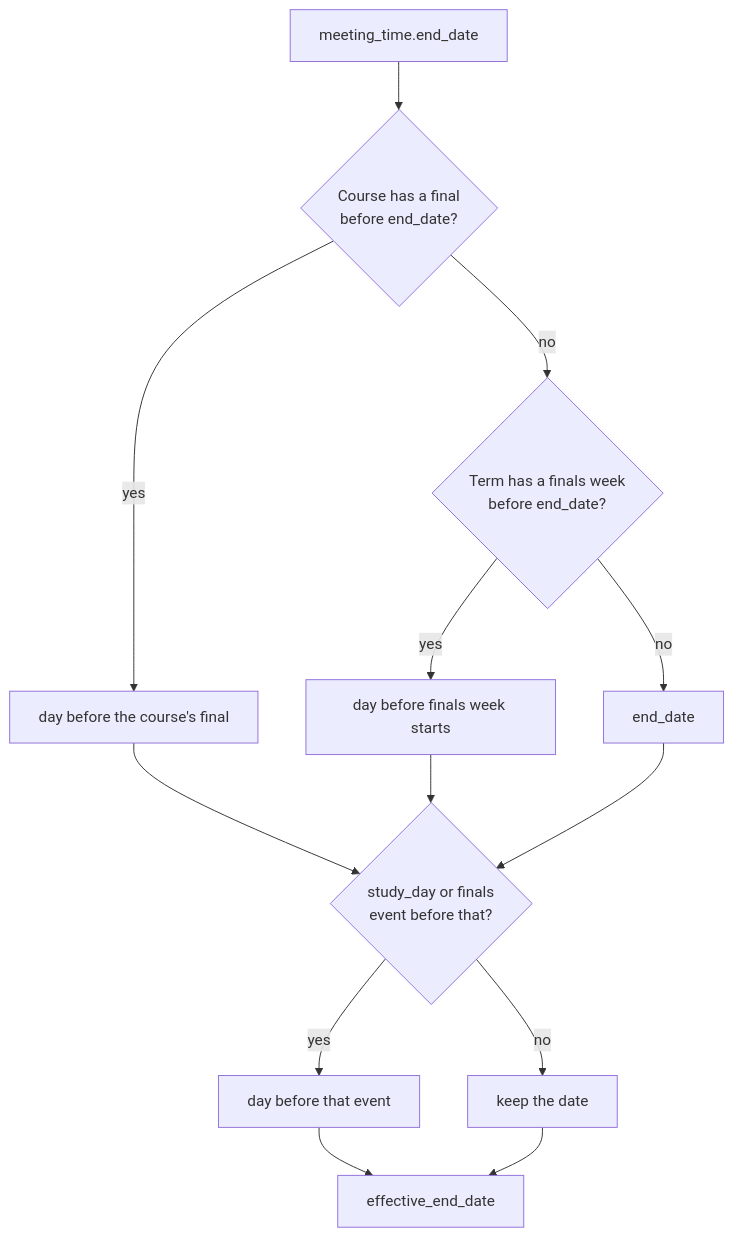
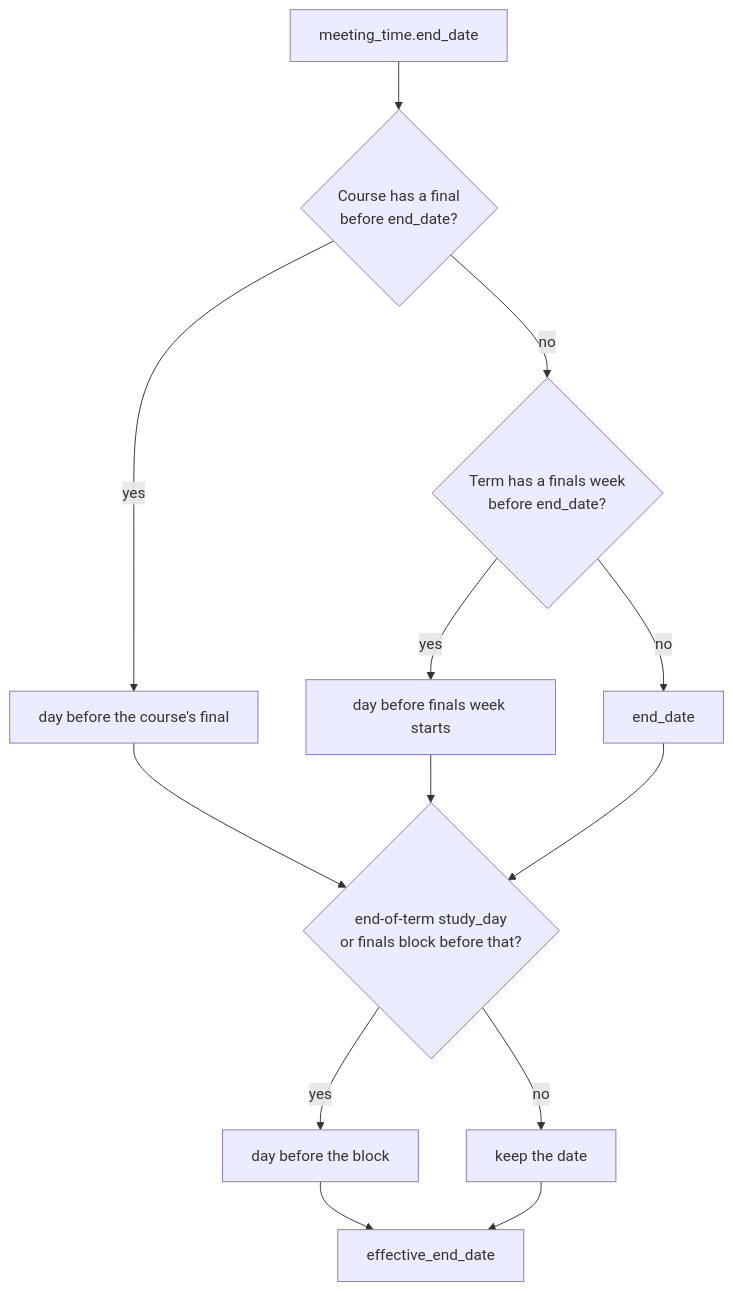
Before and after one commit to WITCodingClub/calendar-backend: the diagram in docs/class-end-dates.md, drawn with Mermaid. The commit also changed other lines of this file and 6 other files, not shown here.

Commit message:
fix: end classes only at the end-of-term finals block

````diff
--- a/docs/class-end-dates.md
+++ b/docs/class-end-dates.md
@@ -22,15 +24,15 @@
 ```mermaid
 flowchart TD
   A[meeting_time.end_date] --> B{Course has a final<br>before end_date?}
   B -- yes --> C[day before the course's final]
   B -- no --> D{Term has a finals week<br>before end_date?}
   D -- yes --> E[day before finals week starts]
   D -- no --> F[end_date]
-  C --> G{study_day or finals<br>event before that?}
+  C --> G{end-of-term study_day<br>or finals block before that?}
   E --> G
   F --> G
-  G -- yes --> H[day before that event]
+  G -- yes --> H[day before the block]
   G -- no --> I[keep the date]
   H --> J[effective_end_date]
   I --> J
 ```
````
